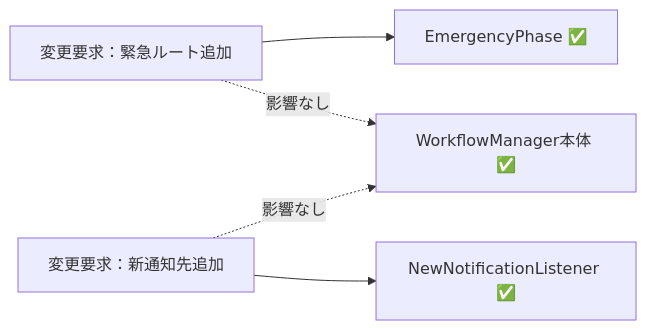
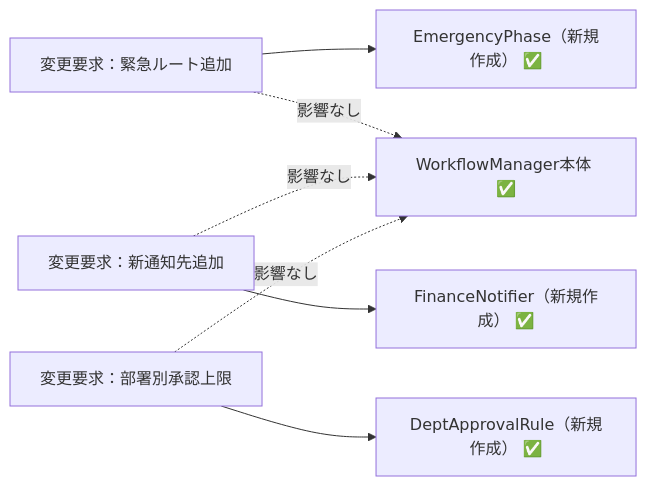
The fifth of 7 diagrams in kindle/design-patterns/output/chapter12.md (kumachan1101-pixel/DesignPattern), drawn with Mermaid before and after one commit. The commit also changed other lines of this file and 10 other files, not shown here.

````diff
--- a/kindle/design-patterns/output/chapter12.md
+++ b/kindle/design-patterns/output/chapter12.md
@@ -1258,9 +922,9 @@
 ```mermaid
 graph LR
-    %% 変更が特定のクラス（判定ルールや状態の実装）に局所化されている
-    T1["変更要求：緊急ルート追加"] --> F1["EmergencyPhase ✅"]
+    T1["変更要求：緊急ルート追加"] --> F1["EmergencyPhase（新規作成） ✅"]
     T1 -. "影響なし" .-> A["WorkflowManager本体 ✅"]
-    T2["変更要求：新通知先追加"] --> F2["NewNotificationListener ✅"]
+    T2["変更要求：新通知先追加"] --> F2["FinanceNotifier（新規作成） ✅"]
     T2 -. "影響なし" .-> A
-
+    T3["変更要求：部署別承認上限"] --> F3["DeptApprovalRule（新規作成） ✅"]
+    T3 -. "影響なし" .-> A
 ```
````
